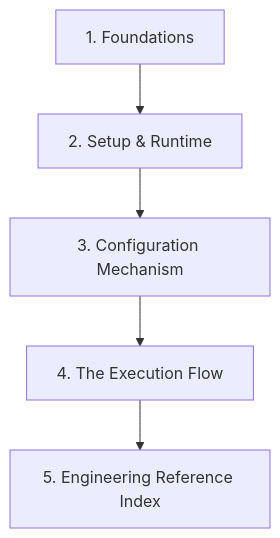
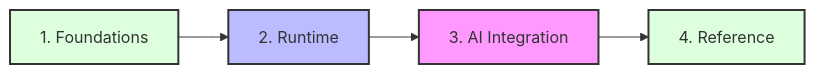
One commit to udx/dev.kit changed the diagram in assets/diagrams/docs-index.mmd. Above: the diagram before and after it, drawn with Mermaid. The commit also changed 31 other files, not shown here.

Commit message:
assets: optimize and beautify documentation diagrams

```diff
--- a/assets/diagrams/docs-index.mmd
+++ b/assets/diagrams/docs-index.mmd
@@ -1,11 +1,14 @@
-flowchart TD
-    Foundations[1. Foundations] --> Setup[2. Setup & Runtime]
-    Setup --> Config[3. Configuration Mechanism]
-    Config --> Flow[4. The Execution Flow]
-    Flow --> Ref[5. Engineering Reference Index]
+flowchart LR
+    Foundations[1. Foundations] --> Runtime[2. Runtime]
+    Runtime --> AI[3. AI Integration]
+    AI --> Ref[4. Reference]
 
-    click Foundations "/docs/concepts/methodology.md"
-    click Setup "/docs/cli/overview.md"
-    click Config "/docs/ai/README.md"
-    click Flow "/docs/cli/execution/index.md"
-    click Ref "/docs/reference/udx-reference-index.md"
+    click Foundations "foundations/cde.md"
+    click Runtime "runtime/overview.md"
+    click AI "ai/README.md"
+    click Ref "reference/standards/12-factor.md"
+    
+    style Foundations fill:#dfd,stroke:#333,stroke-width:2px
+    style Runtime fill:#bbf,stroke:#333,stroke-width:2px
+    style AI fill:#f9f,stroke:#333,stroke-width:2px
+    style Ref fill:#dfd,stroke:#333,stroke-width:2px
```
